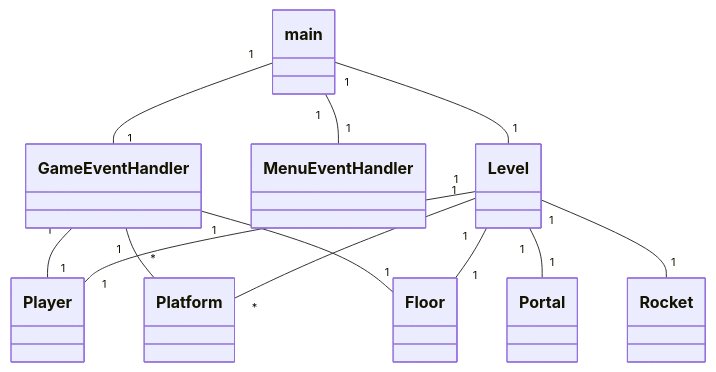
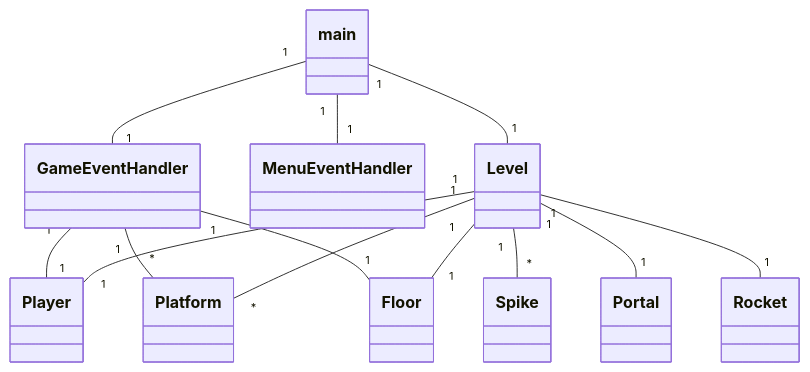
Before and after one commit to lapatinn/ot-harjoitustyo: the first of 2 diagrams in dokumentaatio/arkkitehtuuri.md, drawn with Mermaid. The commit also changed other lines of this file, not shown here.

Commit message:
Revise architecture documentation

````diff
--- a/dokumentaatio/arkkitehtuuri.md
+++ b/dokumentaatio/arkkitehtuuri.md
@@ -5,16 +5,17 @@
 ```mermaid
  classDiagram
     main "1" -- "1" GameEventHandler
     main "1" -- "1" MenuEventHandler
     main "1" -- "1" Level
 
     GameEventHandler "1" -- "1" Player
     GameEventHandler "1" -- "*" Platform
     GameEventHandler "1" -- "1" Floor
 
     Level "1" -- "1" Player
     Level "1" -- "1" Floor
     Level "1" -- "*" Platform
+    Level "1" -- "*" Spike
     Level "1" -- "1" Portal
     Level "1" -- "1" Rocket
 ```
````
